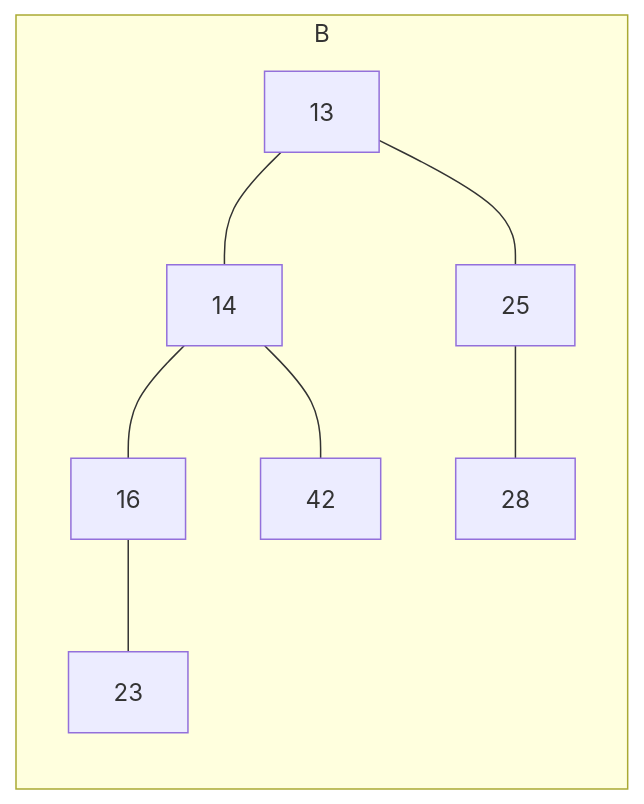
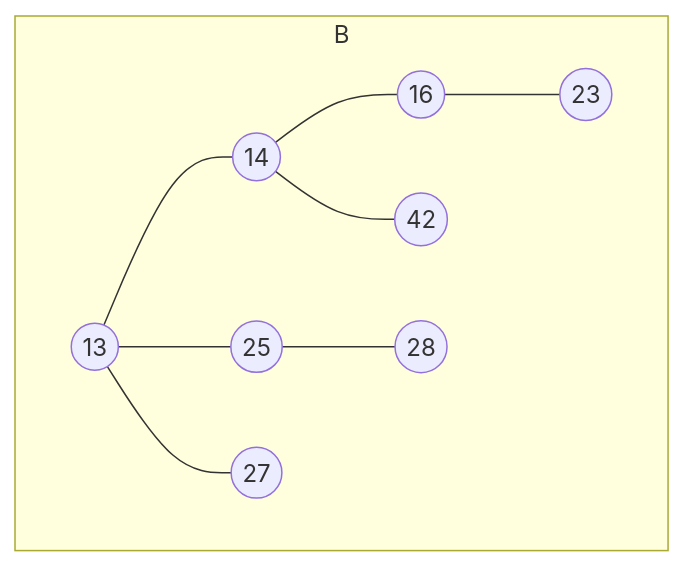
Diagram 11 of 11 in 2. Letnik/Podatkovne strukture in algoritmi/vaje 15-12-2021.md (Tiggax/Zapiski), drawn with Mermaid before and after one commit. The commit also changed other lines of this file and 3 other files, not shown here.

````diff
--- a/2. Letnik/Podatkovne strukture in algoritmi/vaje 15-12-2021.md
+++ b/2. Letnik/Podatkovne strukture in algoritmi/vaje 15-12-2021.md
@@ -168,9 +168,9 @@
 ```mermaid
-graph LR
+graph TB
 subgraph B
-13---14---16---23
-14---42
-13---25---28
-
+13((13))---14((14))---16((16))---23((23))
+14---42((42))
+13---25((25))---28((28))
+13---27((27))
 end
 ```
````
